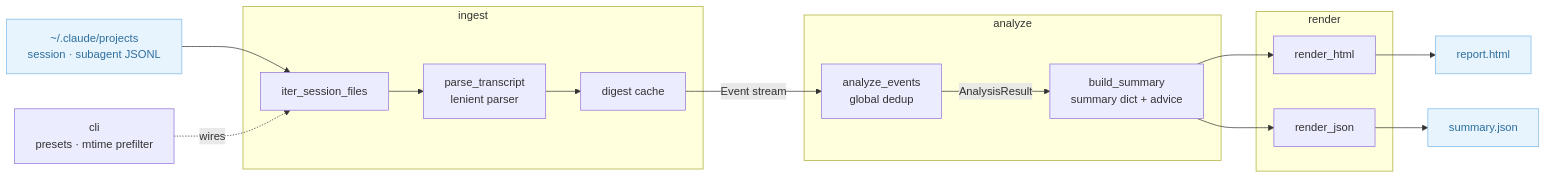
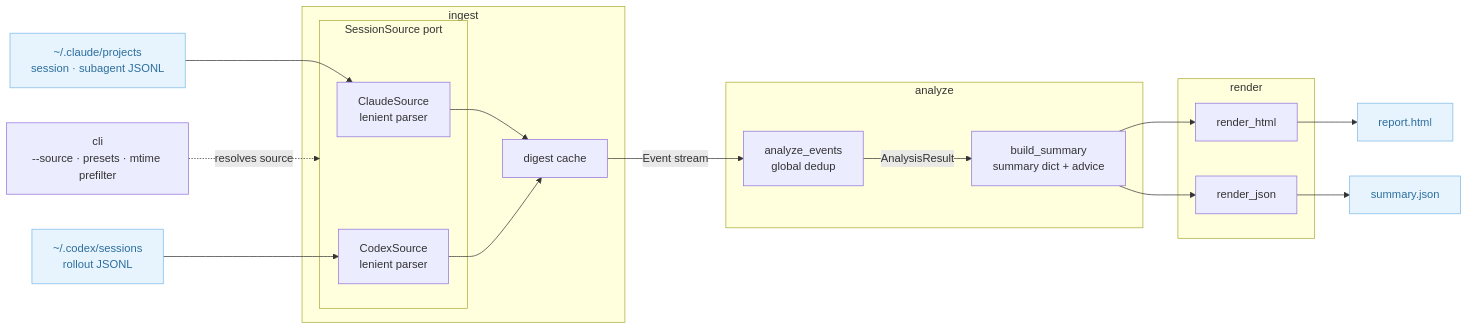
One commit to L2zz/claudeye changed the diagram in docs/architecture.md. Above: the diagram before and after it, drawn with Mermaid. The commit also changed other lines of this file and 15 other files, not shown here.

First line of the commit message:
(#5) feat: analyze OpenAI Codex sessions via a CodexSource adapter

````diff
--- a/docs/architecture.md
+++ b/docs/architecture.md
@@ -17,29 +17,33 @@
 ```mermaid
 flowchart LR
-    JSONL["~/.claude/projects<br>session · subagent JSONL"]
+    CJSONL["~/.claude/projects<br>session · subagent JSONL"]
+    XJSONL["~/.codex/sessions<br>rollout JSONL"]
     subgraph INGEST["ingest"]
-        DISC["iter_session_files"]
-        PARSE["parse_transcript<br>lenient parser"]
+        subgraph PORT["SessionSource port"]
+            CLAUDE["ClaudeSource<br>lenient parser"]
+            CODEX["CodexSource<br>lenient parser"]
+        end
         CACHE["digest cache"]
     end
     subgraph ANALYZE["analyze"]
         AGG["analyze_events<br>global dedup"]
         SUM["build_summary<br>summary dict + advice"]
     end
     subgraph RENDER["render"]
         HTML["render_html"]
         RJSON["render_json"]
     end
-    CLI["cli<br>presets · mtime prefilter"]
+    CLI["cli<br>--source · presets · mtime prefilter"]
     REPORT["report.html"]
     SUMJSON["summary.json"]
 
-    JSONL --> DISC --> PARSE --> CACHE
+    CJSONL --> CLAUDE --> CACHE
+    XJSONL --> CODEX --> CACHE
     CACHE -->|Event stream| AGG -->|AnalysisResult| SUM
     SUM --> HTML --> REPORT
     SUM --> RJSON --> SUMJSON
-    CLI -.->|wires| DISC
+    CLI -.->|resolves source| PORT
 
     classDef external fill:#e8f4fd,stroke:#7ab8e8,color:#2c6e9e
-    class JSONL,REPORT,SUMJSON external
+    class CJSONL,XJSONL,REPORT,SUMJSON external
 ```
````
